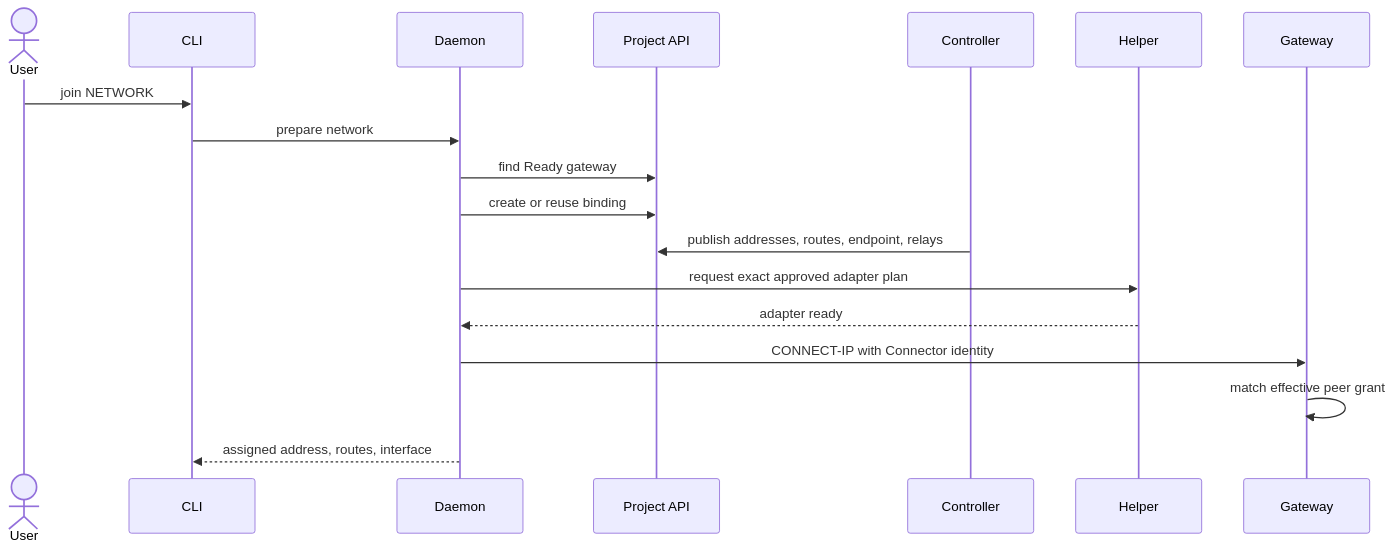
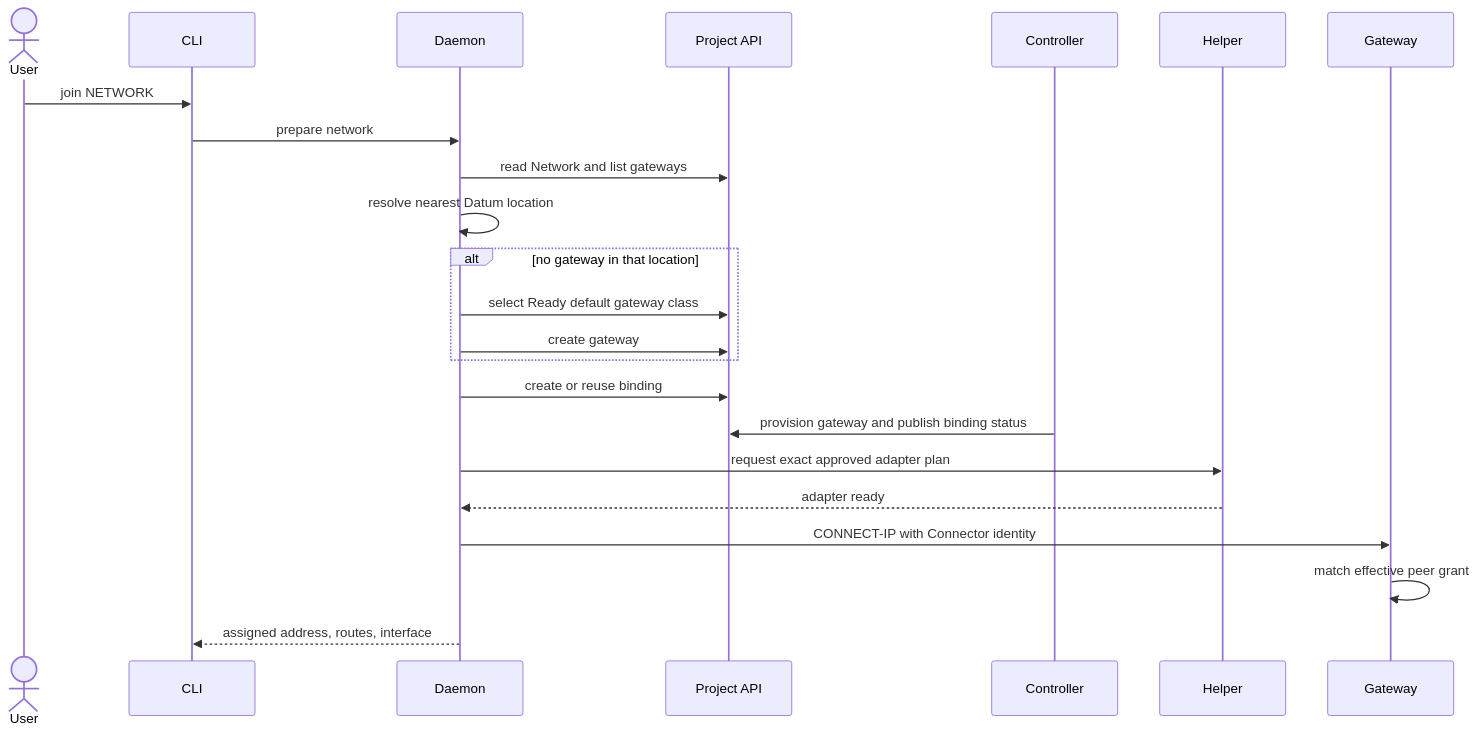
Before and after one commit to datum-cloud/connect: the second of 2 diagrams in docs/architecture/managed-vpc-attachment.md, drawn with Mermaid. The commit also changed other lines of this file and 24 other files, not shown here.

````diff
--- a/docs/architecture/managed-vpc-attachment.md
+++ b/docs/architecture/managed-vpc-attachment.md
@@ -82,21 +85,26 @@
 ```mermaid
 sequenceDiagram
     actor User
     participant CLI
     participant Daemon
     participant API as Project API
     participant Controller
     participant Helper
     participant Gateway
 
     User->>CLI: join NETWORK
     CLI->>Daemon: prepare network
-    Daemon->>API: find Ready gateway
+    Daemon->>API: read Network and list gateways
+    Daemon->>Daemon: resolve nearest Datum location
+    alt no gateway in that location
+        Daemon->>API: select Ready default gateway class
+        Daemon->>API: create gateway
+    end
     Daemon->>API: create or reuse binding
-    Controller->>API: publish addresses, routes, endpoint, relays
+    Controller->>API: provision gateway and publish binding status
     Daemon->>Helper: request exact approved adapter plan
     Helper-->>Daemon: adapter ready
     Daemon->>Gateway: CONNECT-IP with Connector identity
     Gateway->>Gateway: match effective peer grant
     Daemon-->>CLI: assigned address, routes, interface
 ```
````
